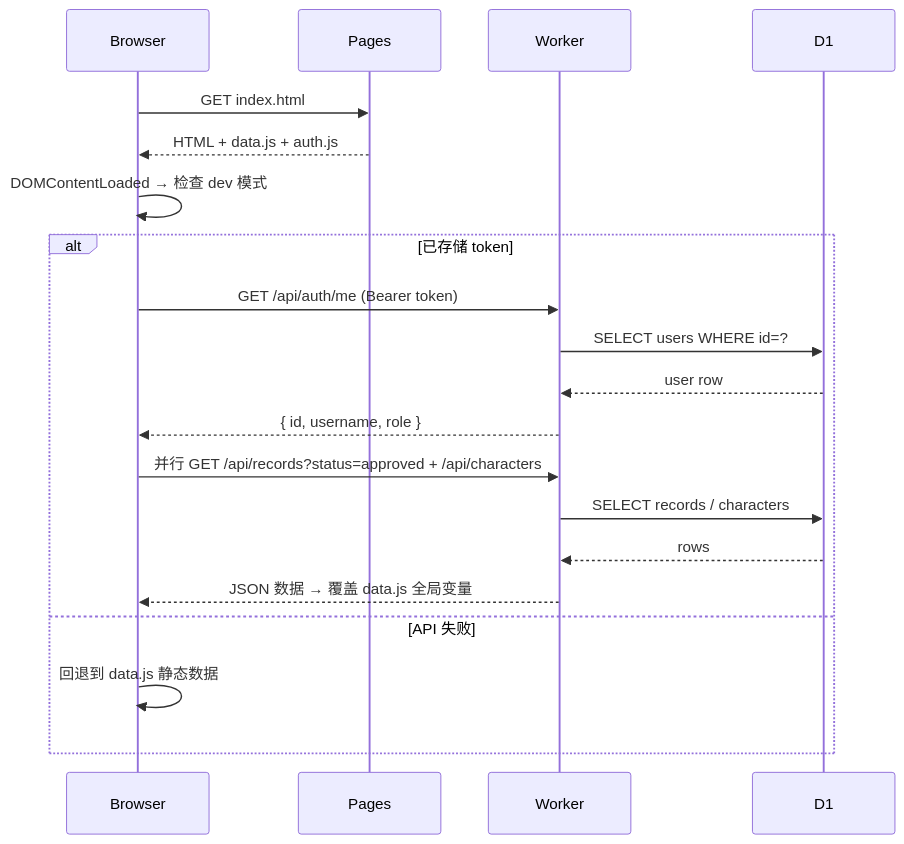
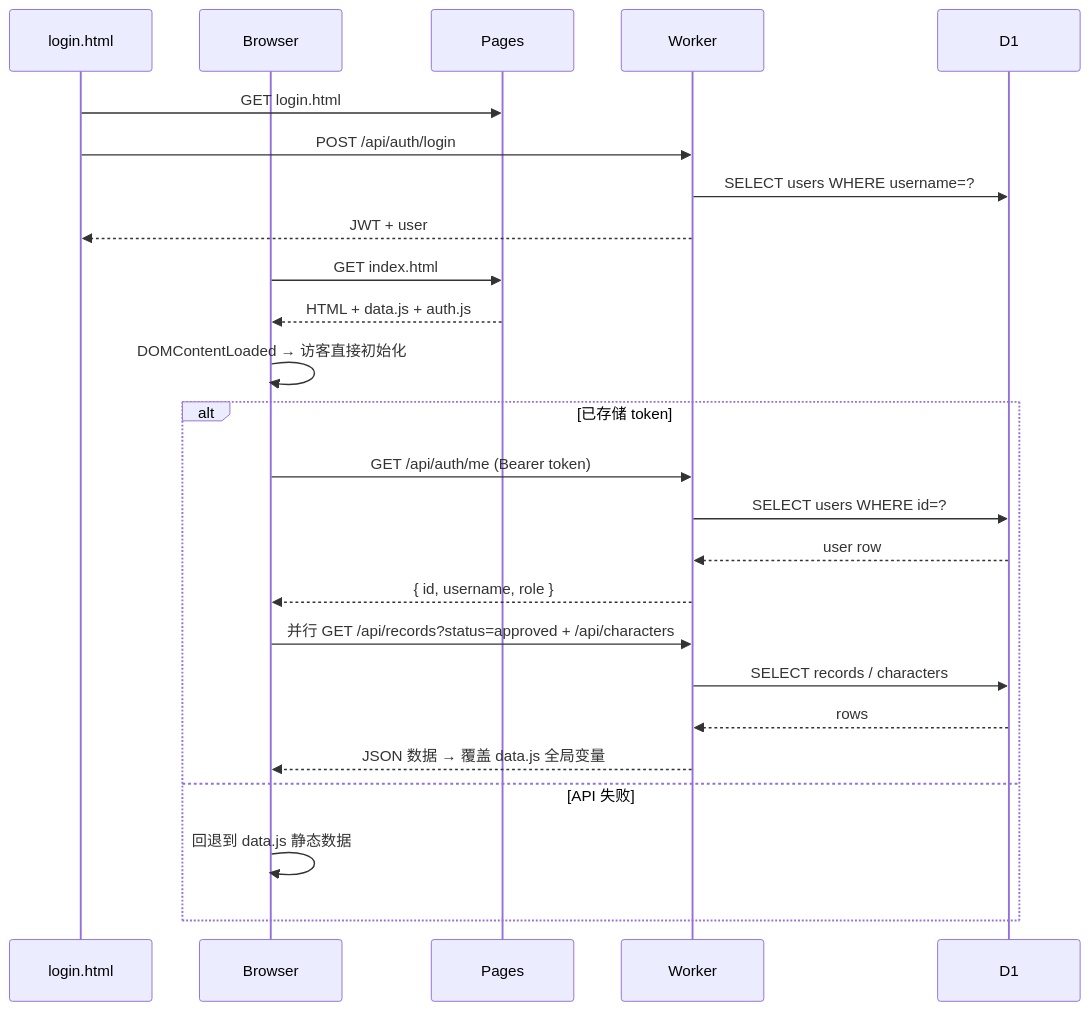
One commit to qingranawa/15class-history changed the first of 4 diagrams in docs/project-knowledge/architecture.md. Above: the diagram before and after it, drawn with Mermaid. The commit also changed other lines of this file and 20 other files, not shown here.

````diff
--- a/docs/project-knowledge/architecture.md
+++ b/docs/project-knowledge/architecture.md
@@ -46,23 +46,28 @@
 ```mermaid
 sequenceDiagram
+  participant Login as login.html
   participant Browser
   participant Pages
   participant Worker
   participant D1
 
+  Login->>Pages: GET login.html
+  Login->>Worker: POST /api/auth/login
+  Worker->>D1: SELECT users WHERE username=?
+  Worker-->>Login: JWT + user
   Browser->>Pages: GET index.html
   Pages-->>Browser: HTML + data.js + auth.js
-  Browser->>Browser: DOMContentLoaded → 检查 dev 模式
+  Browser->>Browser: DOMContentLoaded → 访客直接初始化
   alt 已存储 token
     Browser->>Worker: GET /api/auth/me (Bearer token)
     Worker->>D1: SELECT users WHERE id=?
     D1-->>Worker: user row
     Worker-->>Browser: { id, username, role }
     Browser->>Worker: 并行 GET /api/records?status=approved + /api/characters
     Worker->>D1: SELECT records / characters
     D1-->>Worker: rows
     Worker-->>Browser: JSON 数据 → 覆盖 data.js 全局变量
   else API 失败
     Browser->>Browser: 回退到 data.js 静态数据
   end
 ```
````
